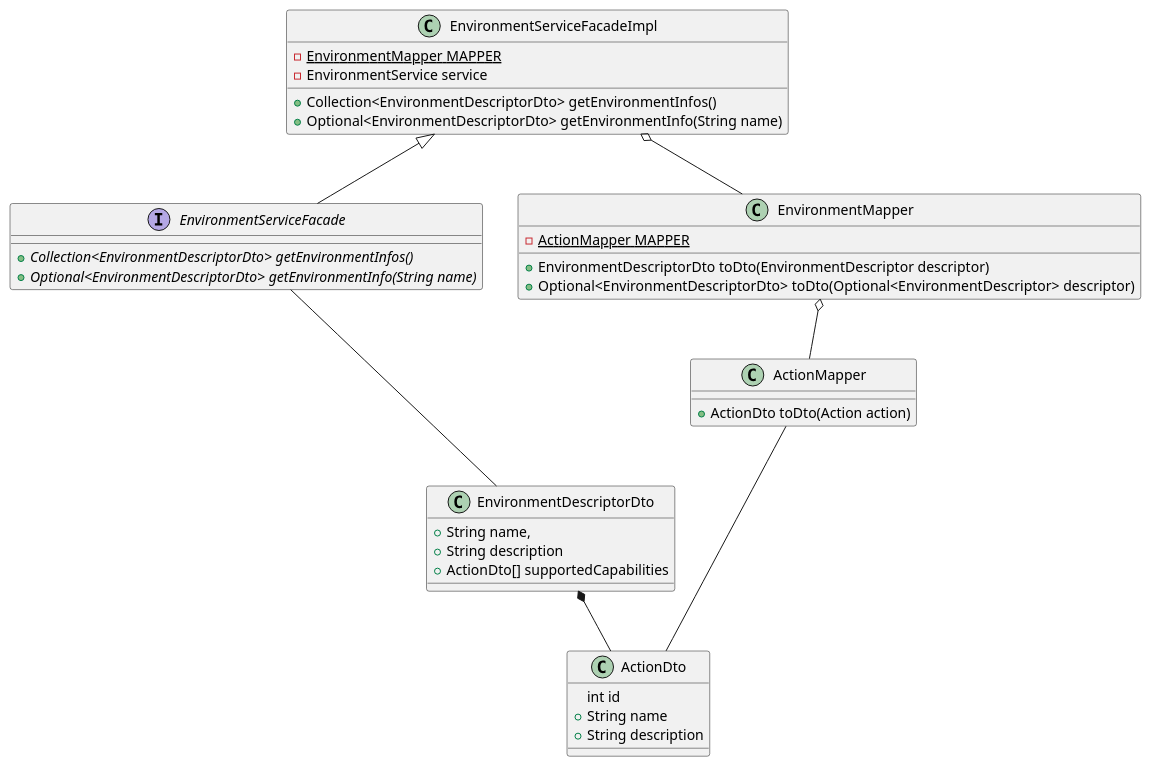
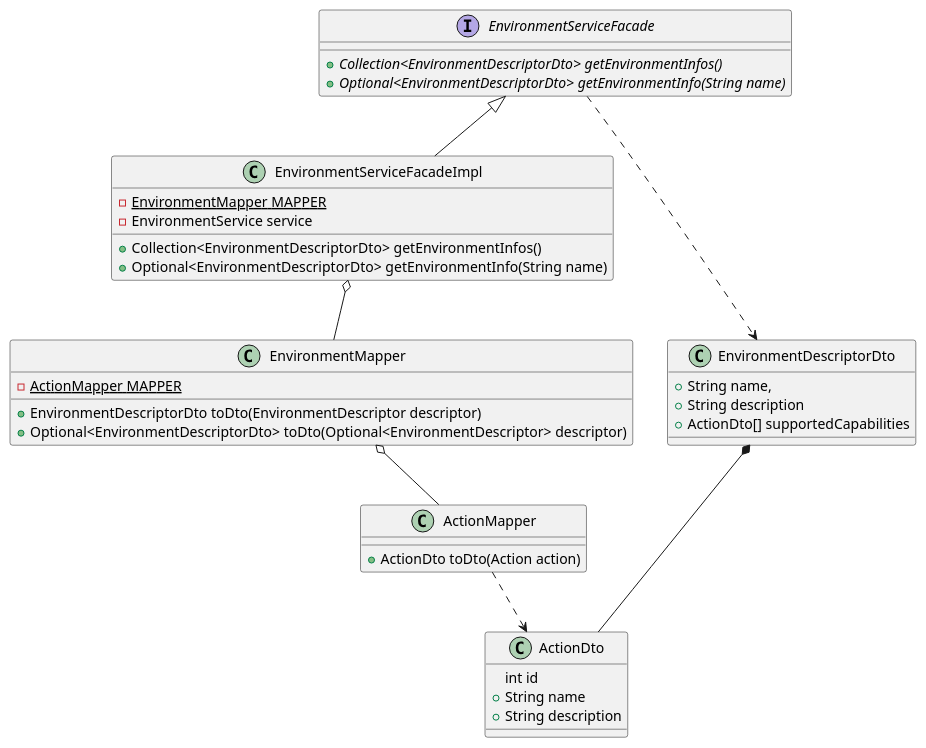
The diagram in uml/layerAdapter.puml (jatsqi/ASE-Reinforcement-Learning), drawn with PlantUML before and after one commit. The commit also changed 3 other files, not shown here.

Commit message:
Adjust UML to new factory implementations.

```diff
--- a/uml/layerAdapter.puml
+++ b/uml/layerAdapter.puml
@@ -1,48 +1,48 @@
 @startuml
 'https://plantuml.com/class-diagram
 
 interface EnvironmentServiceFacade {
      +{abstract}Collection<EnvironmentDescriptorDto> getEnvironmentInfos()
      +{abstract}Optional<EnvironmentDescriptorDto> getEnvironmentInfo(String name)
 }
 
 class EnvironmentServiceFacadeImpl {
     -{static}EnvironmentMapper MAPPER
     -EnvironmentService service
 
     +Collection<EnvironmentDescriptorDto> getEnvironmentInfos()
     +Optional<EnvironmentDescriptorDto> getEnvironmentInfo(String name)
 }
 
 class EnvironmentDescriptorDto {
     +String name,
     +String description
     +ActionDto[] supportedCapabilities
 }
 
 class ActionDto {
     int id
     +String name
     +String description
 }
 
 class EnvironmentMapper {
     -{static}ActionMapper MAPPER
 
     +EnvironmentDescriptorDto toDto(EnvironmentDescriptor descriptor)
     +Optional<EnvironmentDescriptorDto> toDto(Optional<EnvironmentDescriptor> descriptor)
 }
 
 class ActionMapper {
     +ActionDto toDto(Action action)
 }
 
 EnvironmentMapper o-- ActionMapper
-ActionMapper --- ActionDto
+ActionMapper ..> ActionDto
 
 EnvironmentServiceFacadeImpl o-- EnvironmentMapper
-EnvironmentServiceFacadeImpl <|-- EnvironmentServiceFacade
-EnvironmentServiceFacade --- EnvironmentDescriptorDto
+EnvironmentServiceFacade <|-- EnvironmentServiceFacadeImpl
+EnvironmentServiceFacade ..> EnvironmentDescriptorDto
 EnvironmentDescriptorDto *-- ActionDto
 
 @enduml
```
